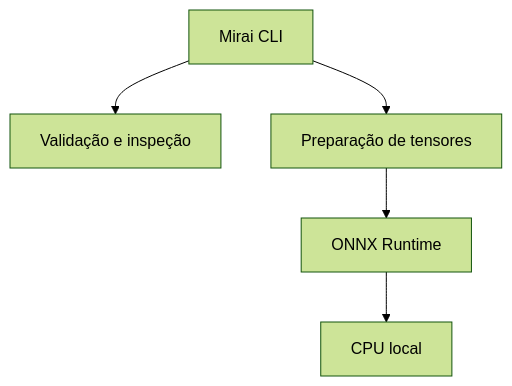
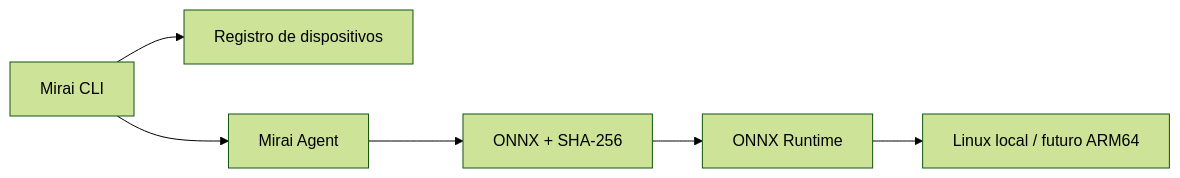
The diagram in README.md (start6202783-dotcom/MiraiOS), drawn with Mermaid (forest theme) before and after one commit. The commit also changed other lines of this file and 13 other files, not shown here.

Commit message:
feat: add Mirai Agent local deployment

````diff
--- a/README.md
+++ b/README.md
@@ -62,13 +66,15 @@
 ```mermaid
-flowchart TD
+flowchart LR
     CLI["Mirai CLI"]
-    INSPECT["Validação e inspeção"]
-    INPUTS["Preparação de tensores"]
+    REGISTRY["Registro de dispositivos"]
+    AGENT["Mirai Agent"]
+    VALIDATE["ONNX + SHA-256"]
     RUNTIME["ONNX Runtime"]
-    HARDWARE["CPU local"]
+    HARDWARE["Linux local / futuro ARM64"]
 
-    CLI --> INSPECT
-    CLI --> INPUTS
-    INPUTS --> RUNTIME
+    CLI --> REGISTRY
+    CLI --> AGENT
+    AGENT --> VALIDATE
+    VALIDATE --> RUNTIME
     RUNTIME --> HARDWARE
 ```
````
